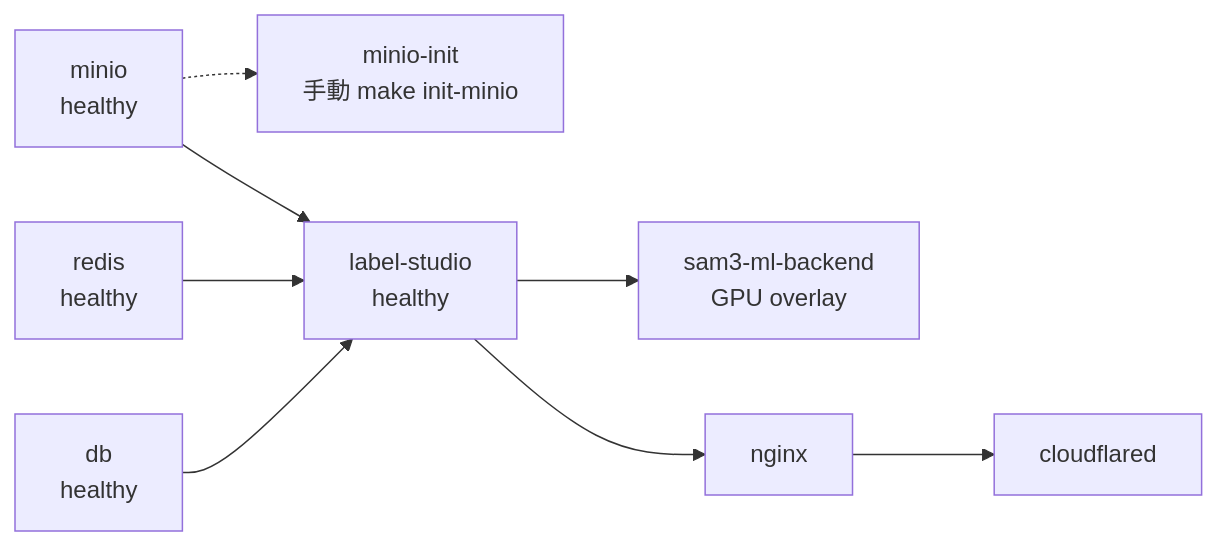
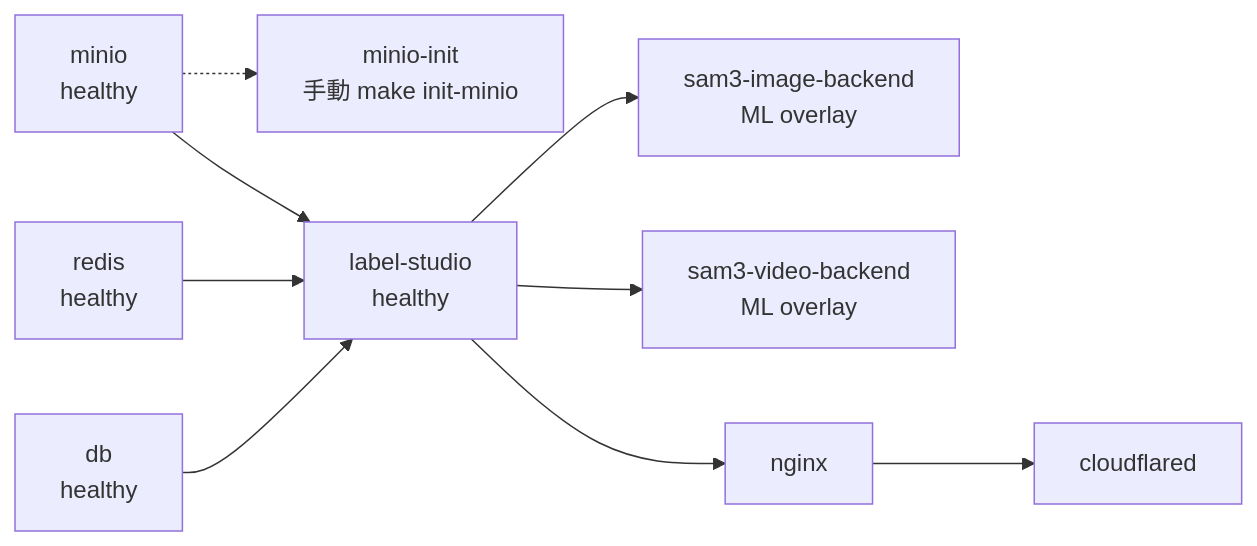
Before and after one commit to felimet/label-anything-sam: the second of 3 diagrams in docs/architecture.md, drawn with Mermaid. The commit also changed other lines of this file and 35 other files, not shown here.

First line of the commit message:
refactor(sam3): split monolithic sam3-ml-backend into sam3-image + sam3-video

````diff
--- a/docs/architecture.md
+++ b/docs/architecture.md
@@ -31,19 +33,21 @@
 ```mermaid
 graph LR
     DB[db<br/>healthy]
     Redis[redis<br/>healthy]
     Minio[minio<br/>healthy]
     MinioInit[minio-init<br/>手動 make init-minio]
     LS[label-studio<br/>healthy]
-    SAM3[sam3-ml-backend<br/>GPU overlay]
+    SAM3I[sam3-image-backend<br/>ML overlay]
+    SAM3V[sam3-video-backend<br/>ML overlay]
     Nginx[nginx]
     CF[cloudflared]
 
     DB --> LS
     Redis --> LS
     Minio --> LS
     Minio -.-> MinioInit
-    LS --> SAM3
+    LS --> SAM3I
+    LS --> SAM3V
     LS --> Nginx
     Nginx --> CF
 ```
````
